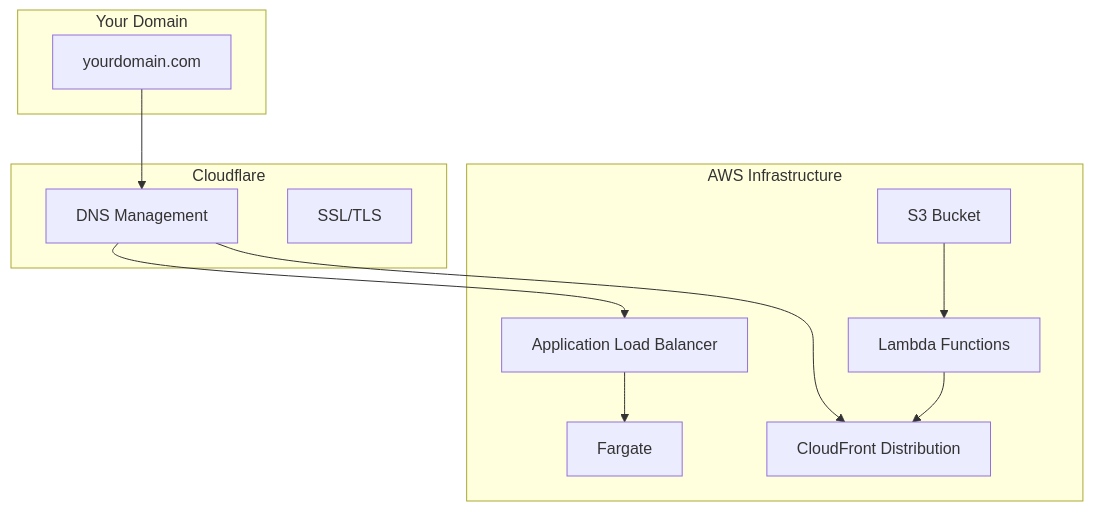
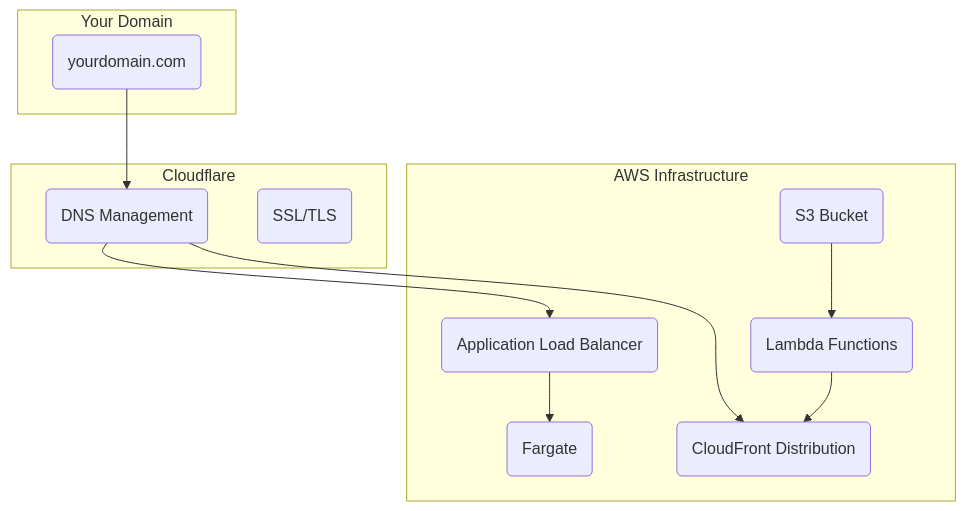
One commit to Darna-Digital/OpenDeployments changed the diagram in app/providers/cloudflare-iac/page.mdx. Above: the diagram before and after it, drawn with Mermaid.

````diff
--- a/app/providers/cloudflare-iac/page.mdx
+++ b/app/providers/cloudflare-iac/page.mdx
@@ -11,28 +11,28 @@
 ```mermaid
 graph TB
     subgraph "AWS Infrastructure"
-        ALB[Application Load Balancer]
-        CF[CloudFront Distribution]
-        S3[S3 Bucket]
-        Lambda[Lambda Functions]
-        Fargate[Fargate]
+        ALB(Application Load Balancer)
+        CF(CloudFront Distribution)
+        S3(S3 Bucket)
+        Lambda(Lambda Functions)
+        Fargate(Fargate)
     end
 
     subgraph "Cloudflare"
-        DNS[DNS Management]
-        SSL[SSL/TLS]
+        DNS(DNS Management)
+        SSL(SSL/TLS)
     end
 
     subgraph "Your Domain"
-        Domain[yourdomain.com]
+        Domain(yourdomain.com)
     end
 
     Domain --> DNS
     DNS --> ALB
     DNS --> CF
 
     Lambda --> CF
     S3 --> Lambda
     ALB --> Fargate
 
 ```
````
